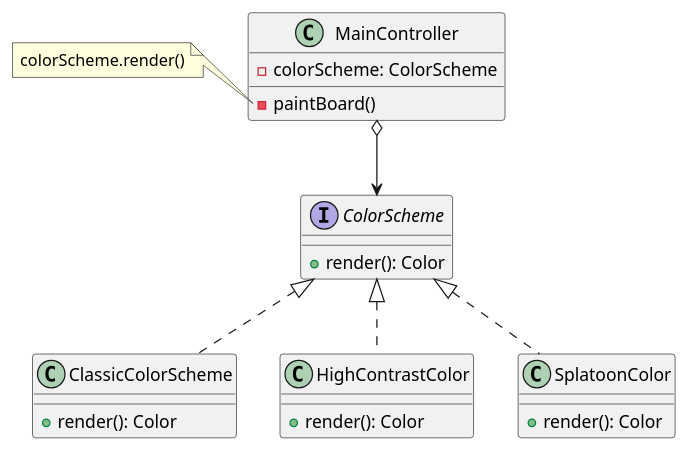
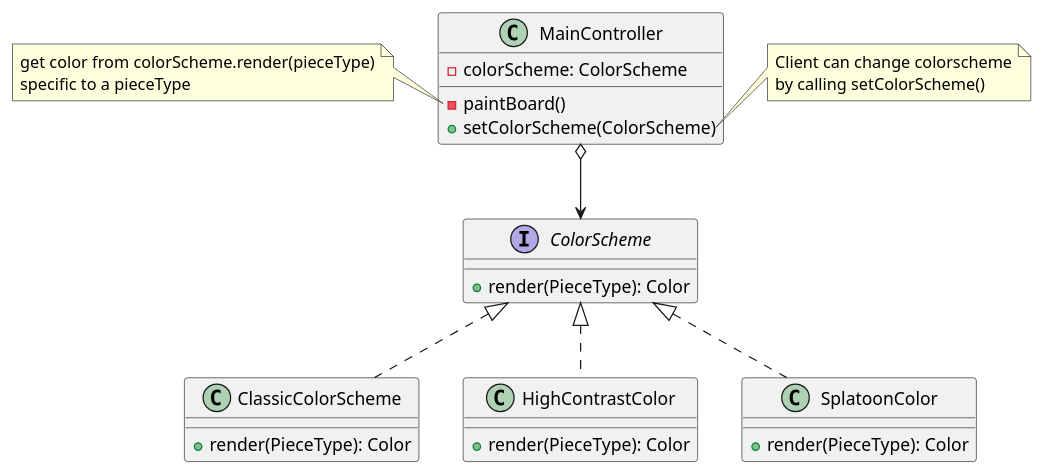
The diagram in docs/uml/colorscheme.puml (jimmy-zx/SAC), drawn with PlantUML before and after one commit. The commit also changed 2 other files, not shown here.

Commit message:
[docs] Updated uml

```diff
--- a/docs/uml/colorscheme.puml
+++ b/docs/uml/colorscheme.puml
@@ -1,33 +1,40 @@
 @startuml
 
 class MainController {
 - colorScheme: ColorScheme
 - paintBoard()
++ setColorScheme(ColorScheme)
 }
 
 note left of MainController::paintBoard
-colorScheme.render()
+get color from colorScheme.render(pieceType)
+specific to a pieceType
+end note
+
+note right of MainController::setColorScheme
+Client can change colorscheme
+by calling setColorScheme()
 end note
 
 interface ColorScheme {
-+ render(): Color
++ render(PieceType): Color
 }
 
 class ClassicColorScheme {
-+ render(): Color
++ render(PieceType): Color
 }
 
 class HighContrastColor {
-+ render(): Color
++ render(PieceType): Color
 }
 
 class SplatoonColor {
-+ render(): Color
++ render(PieceType): Color
 }
 
 MainController o--> ColorScheme
 ColorScheme <|.. ClassicColorScheme
 ColorScheme <|.. HighContrastColor
 ColorScheme <|.. SplatoonColor
 
 @enduml
```
